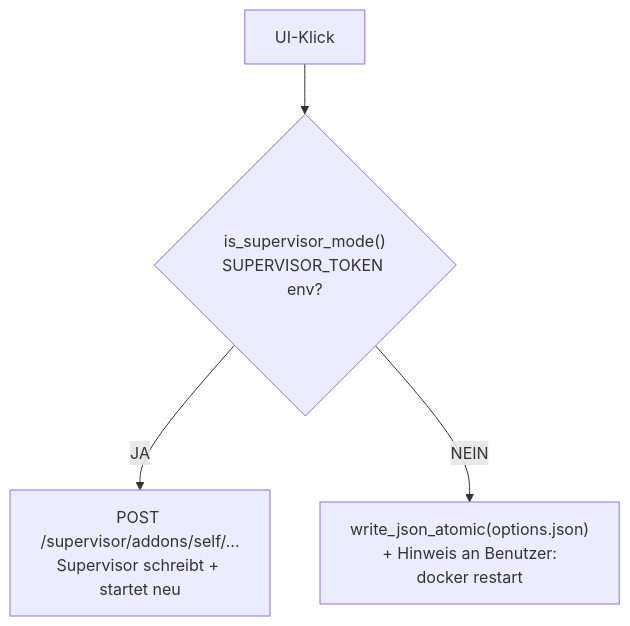
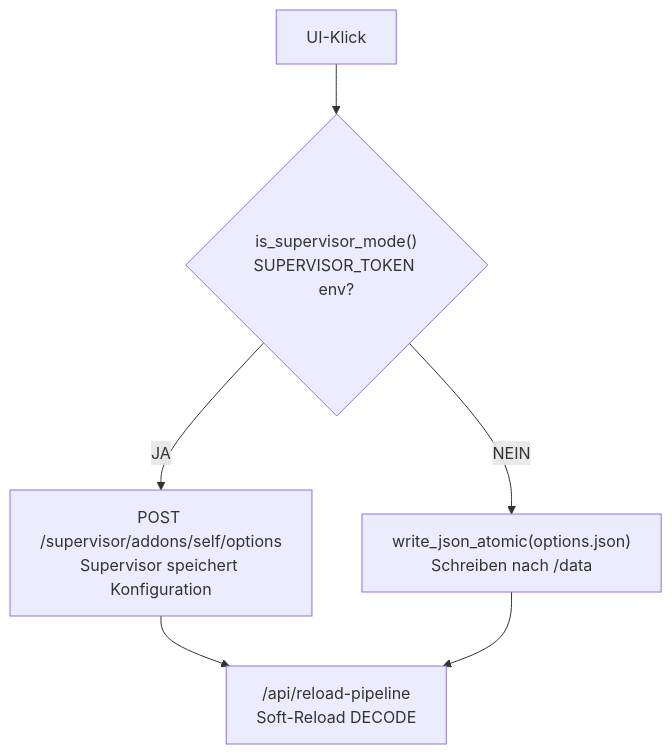
Before and after one commit to Kustonium/homeassistant-wmbus-mqtt-bridge-dev: the sixth of 7 diagrams in docs/README.de.md, drawn with Mermaid. The commit also changed other lines of this file and 6 other files, not shown here.

````diff
--- a/docs/README.de.md
+++ b/docs/README.de.md
@@ -674,6 +666,8 @@
 ```mermaid
 flowchart TD
   A["UI-Klick"] --> B{"is_supervisor_mode()<br/>SUPERVISOR_TOKEN env?"}
-  B -- "JA" --> C["POST /supervisor/addons/self/...<br/>Supervisor schreibt + startet neu"]
-  B -- "NEIN" --> D["write_json_atomic(options.json)<br/>+ Hinweis an Benutzer:<br/>docker restart"]
+  B -- "JA" --> C["POST /supervisor/addons/self/options<br/>Supervisor speichert Konfiguration"]
+  B -- "NEIN" --> D["write_json_atomic(options.json)<br/>Schreiben nach /data"]
+  C --> E["/api/reload-pipeline<br/>Soft-Reload DECODE"]
+  D --> E
 ```
````
